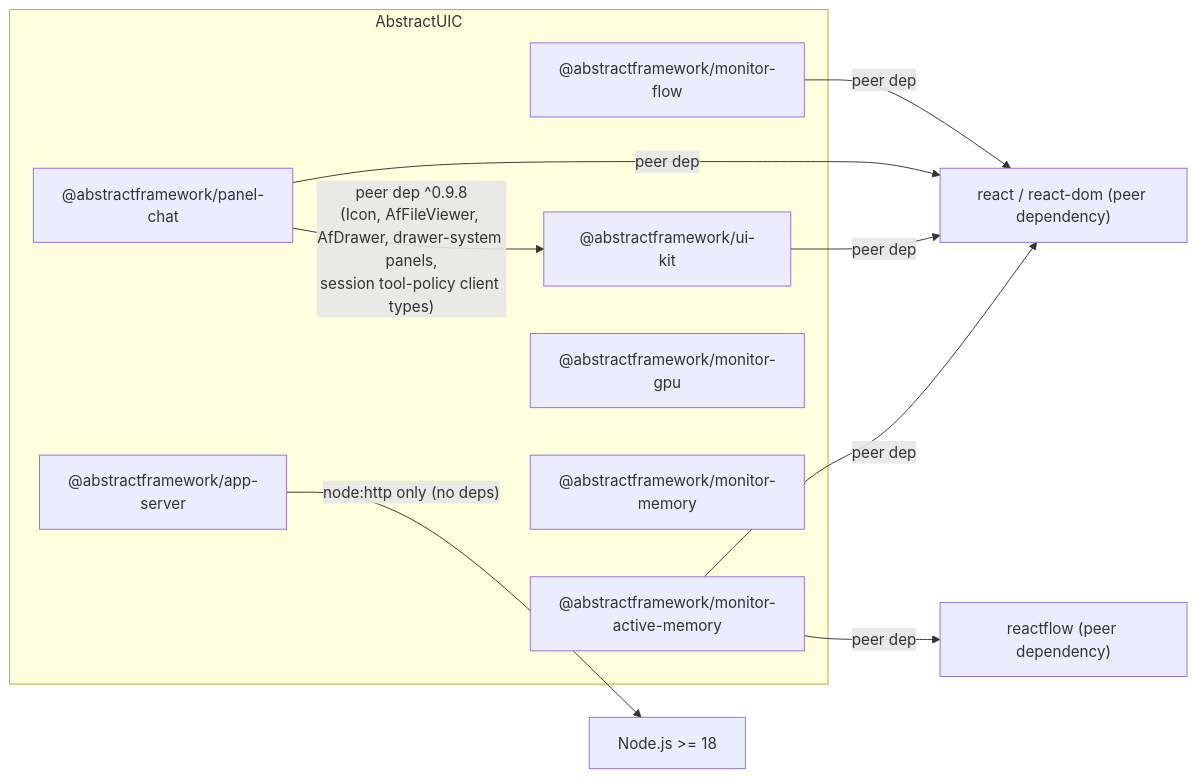
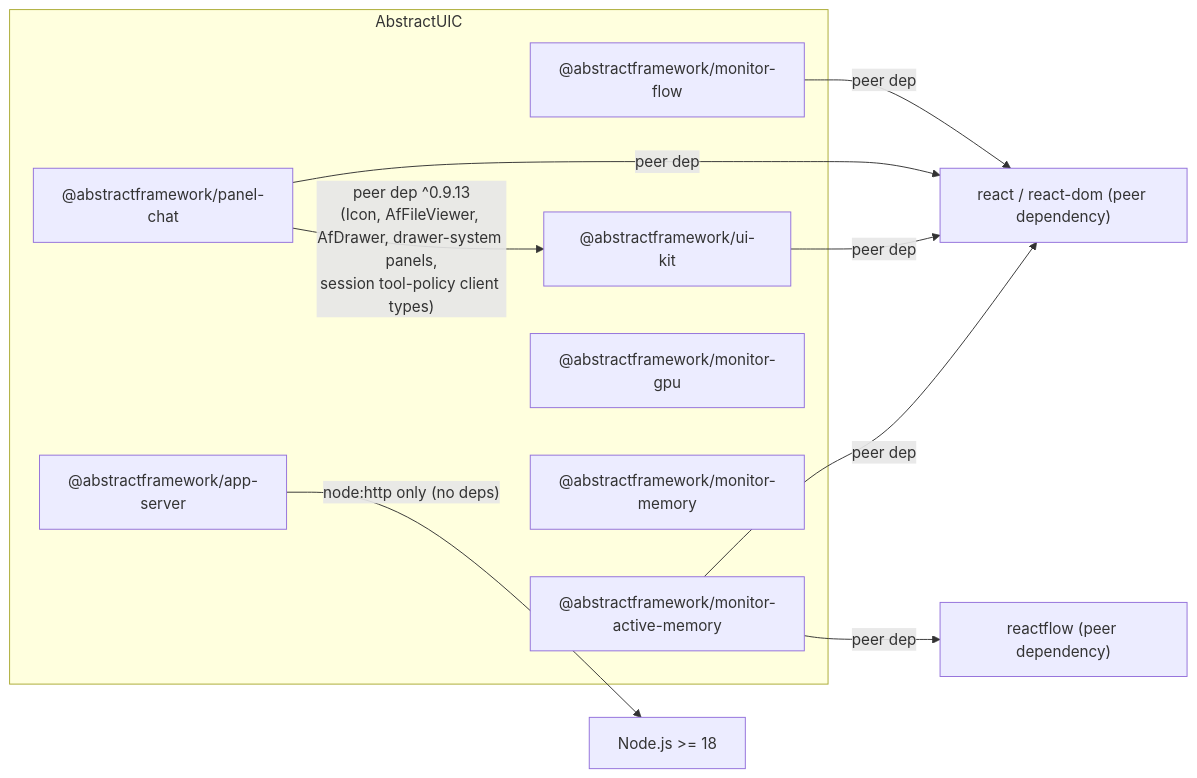
The second of 12 diagrams in docs/architecture.md (lpalbou/AbstractUIC), drawn with Mermaid before and after one commit. The commit also changed other lines of this file and 15 other files, not shown here.

````diff
--- a/docs/architecture.md
+++ b/docs/architecture.md
@@ -73,20 +73,20 @@
 ```mermaid
 flowchart LR
   subgraph AbstractUIC
     UIKIT["@abstractframework/ui-kit"]
     CHAT["@abstractframework/panel-chat"]
     APPSRV["@abstractframework/app-server"]
     FLOW["@abstractframework/monitor-flow"]
     AMX["@abstractframework/monitor-active-memory"]
     GPU["@abstractframework/monitor-gpu"]
     MEM["@abstractframework/monitor-memory"]
   end
 
-  CHAT -->|"peer dep ^0.9.8<br/>(Icon, AfFileViewer, AfDrawer, drawer-system panels,<br/>session tool-policy client types)"| UIKIT
+  CHAT -->|"peer dep ^0.9.13<br/>(Icon, AfFileViewer, AfDrawer, drawer-system panels,<br/>session tool-policy client types)"| UIKIT
   AMX -->|"peer dep"| ReactFlow["reactflow (peer dependency)"]
   FLOW -->|"peer dep"| React["react / react-dom (peer dependency)"]
   CHAT -->|"peer dep"| React
   UIKIT -->|"peer dep"| React
   AMX -->|"peer dep"| React
   APPSRV -->|"node:http only (no deps)"| Node["Node.js >= 18"]
 ```
````
